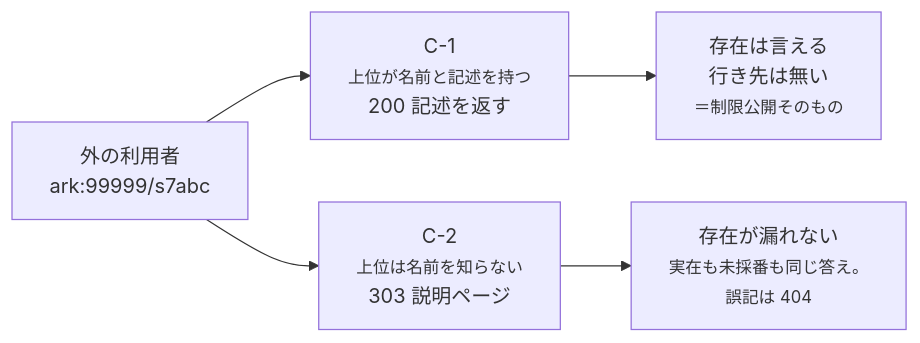
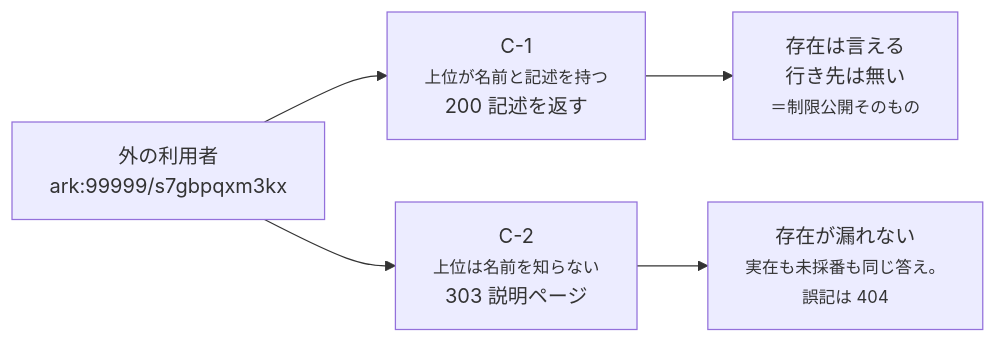
The tenth of 14 diagrams in docs/guides/federation.ja.md (RCOSDP/arkhe), drawn with Mermaid before and after one commit. The commit also changed other lines of this file and 29 other files, not shown here.

````diff
--- a/docs/guides/federation.ja.md
+++ b/docs/guides/federation.ja.md
@@ -308,7 +308,7 @@
 ```mermaid
 flowchart LR
-    U["外の利用者<br/>ark:99999/s7abc"] --> C1["C-1<br/><small>上位が名前と記述を持つ</small><br/>200 記述を返す"]
+    U["外の利用者<br/>ark:99999/s7gbpqxm3kx"] --> C1["C-1<br/><small>上位が名前と記述を持つ</small><br/>200 記述を返す"]
     U --> C2["C-2<br/><small>上位は名前を知らない</small><br/>303 説明ページ"]
     C1 --> R1["存在は言える<br/>行き先は無い<br/><small>＝制限公開そのもの</small>"]
     C2 --> R2["存在が漏れない<br/><small>実在も未採番も同じ答え。<br/>誤記は 404</small>"]
 ```
````
